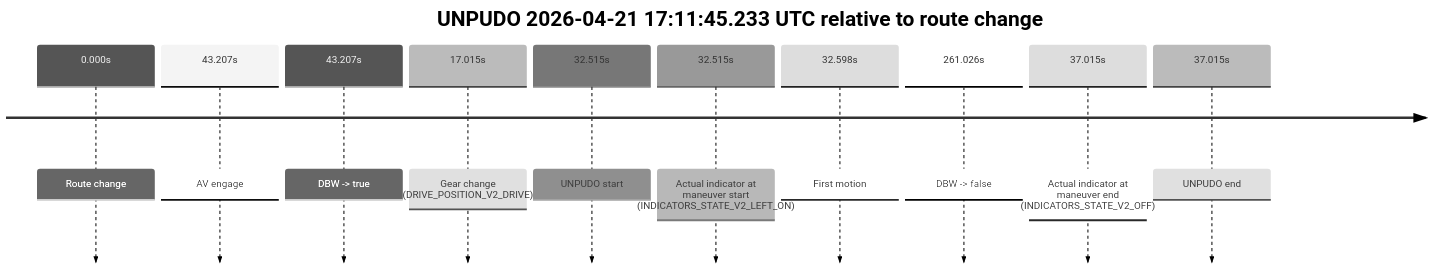
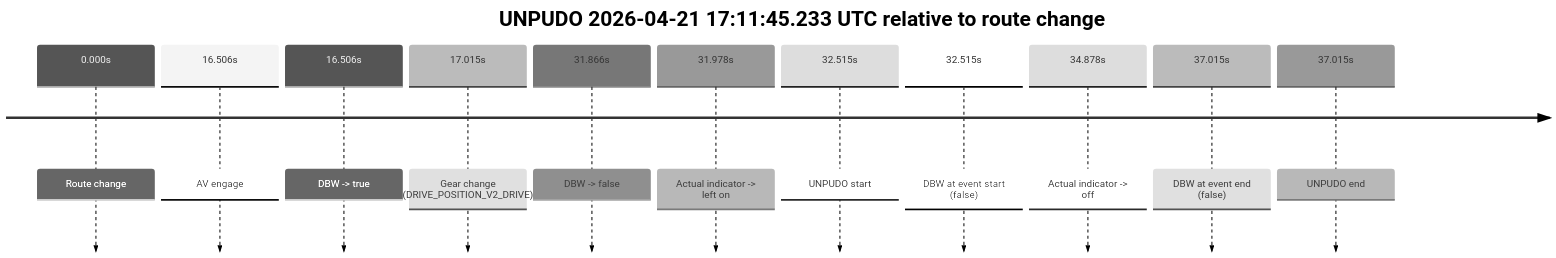
The ninth of 11 diagrams in model_analysis/report_cards/2026/04/Week-4/fme10003--2026-04-21--15-49-54--gen2-av-ad61770f-5e9c-472c-a44e-295c214bb63c.md (yoelshapiro/vault), drawn with Mermaid (neutral theme) before and after one commit. The commit also changed other lines of this file and 85 other files, not shown here.

````diff
--- a/model_analysis/report_cards/2026/04/Week-4/fme10003--2026-04-21--15-49-54--gen2-av-ad61770f-5e9c-472c-a44e-295c214bb63c.md
+++ b/model_analysis/report_cards/2026/04/Week-4/fme10003--2026-04-21--15-49-54--gen2-av-ad61770f-5e9c-472c-a44e-295c214bb63c.md
@@ -719,14 +824,15 @@
 ```mermaid
 timeline
     title UNPUDO 2026-04-21 17:11:45.233 UTC relative to route change
     0.000s : Route change
-    43.207s : AV engage
-    43.207s : DBW -> true
+    16.506s : AV engage
+    16.506s : DBW -> true
     17.015s : Gear change (DRIVE_POSITION_V2_DRIVE)
+    31.866s : DBW -> false
+    31.978s : Actual indicator -> left on
     32.515s : UNPUDO start
-    32.515s : Actual indicator at maneuver start (INDICATORS_STATE_V2_LEFT_ON)
-    32.598s : First motion
-    261.026s : DBW -> false
-    37.015s : Actual indicator at maneuver end (INDICATORS_STATE_V2_OFF)
+    32.515s : DBW at event start (false)
+    34.878s : Actual indicator -> off
+    37.015s : DBW at event end (false)
     37.015s : UNPUDO end
 ```
````
